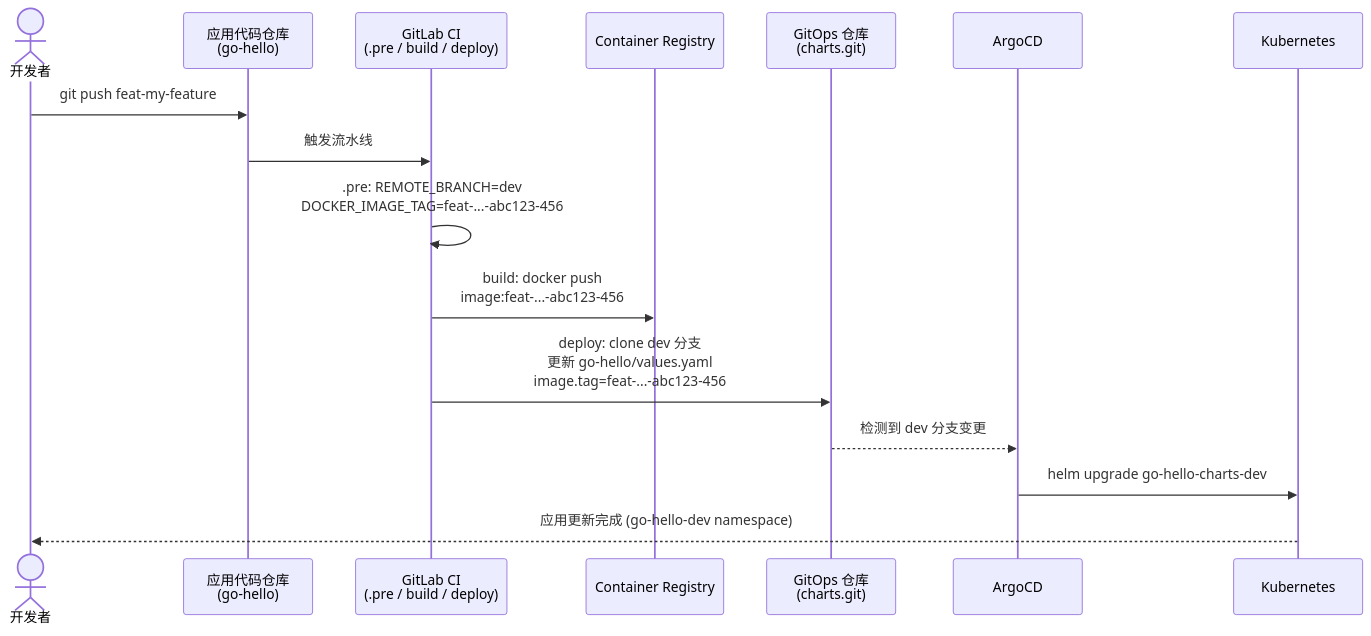
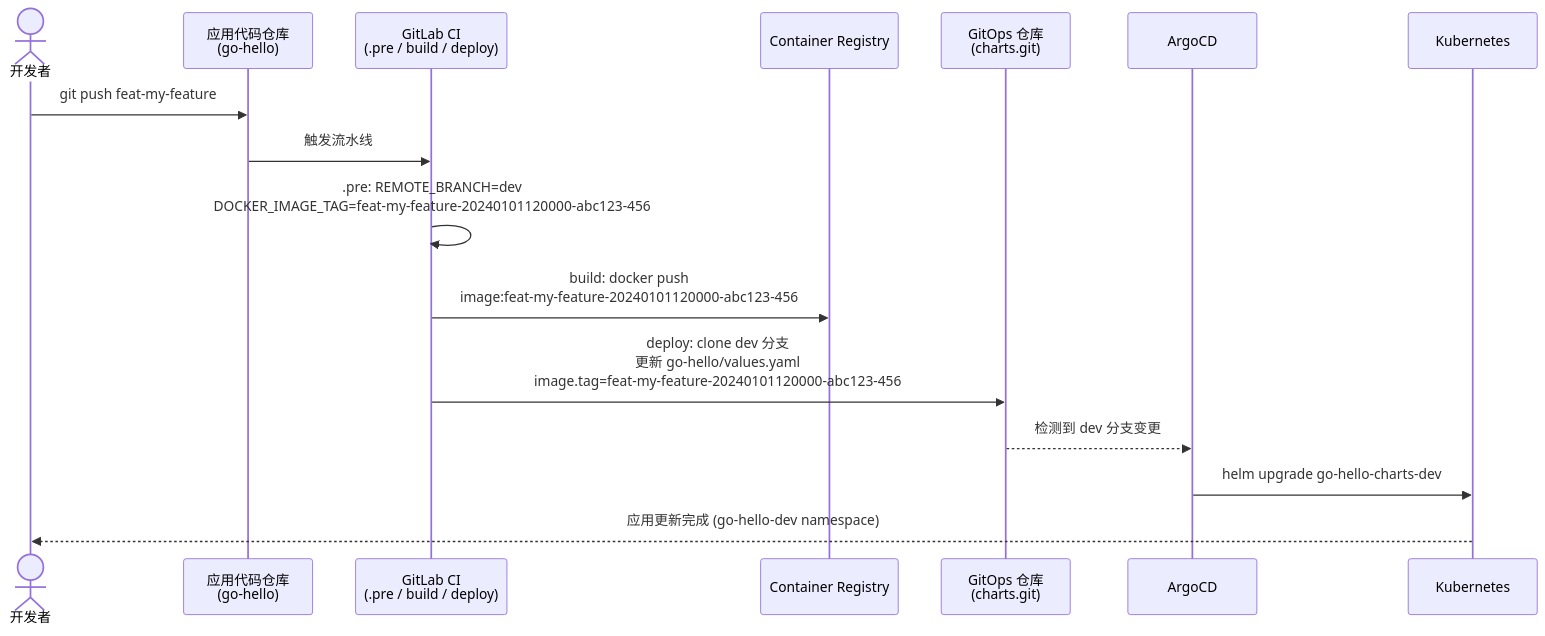
One commit to cdryzun/gitlab-ci-templates changed the third of 7 diagrams in docs/cd/06-multi-project-gitops.md. Above: the diagram before and after it, drawn with Mermaid. The commit also changed other lines of this file and 9 other files, not shown here.

````diff
--- a/docs/cd/06-multi-project-gitops.md
+++ b/docs/cd/06-multi-project-gitops.md
@@ -148,19 +152,19 @@
 ```mermaid
 sequenceDiagram
     actor Dev as 开发者
     participant GitApp as 应用代码仓库<br/>(go-hello)
     participant CI as GitLab CI<br/>(.pre / build / deploy)
     participant Reg as Container Registry
     participant GitOps as GitOps 仓库<br/>(charts.git)
     participant Argo as ArgoCD
     participant K8s as Kubernetes
 
     Dev->>GitApp: git push feat-my-feature
     GitApp->>CI: 触发流水线
-    CI->>CI: .pre: REMOTE_BRANCH=dev<br/>DOCKER_IMAGE_TAG=feat-...-abc123-456
-    CI->>Reg: build: docker push<br/>image:feat-...-abc123-456
-    CI->>GitOps: deploy: clone dev 分支<br/>更新 go-hello/values.yaml<br/>image.tag=feat-...-abc123-456
+    CI->>CI: .pre: REMOTE_BRANCH=dev<br/>DOCKER_IMAGE_TAG=feat-my-feature-20240101120000-abc123-456
+    CI->>Reg: build: docker push<br/>image:feat-my-feature-20240101120000-abc123-456
+    CI->>GitOps: deploy: clone dev 分支<br/>更新 go-hello/values.yaml<br/>image.tag=feat-my-feature-20240101120000-abc123-456
     GitOps-->>Argo: 检测到 dev 分支变更
     Argo->>K8s: helm upgrade go-hello-charts-dev
     K8s-->>Dev: 应用更新完成 (go-hello-dev namespace)
 ```
````
